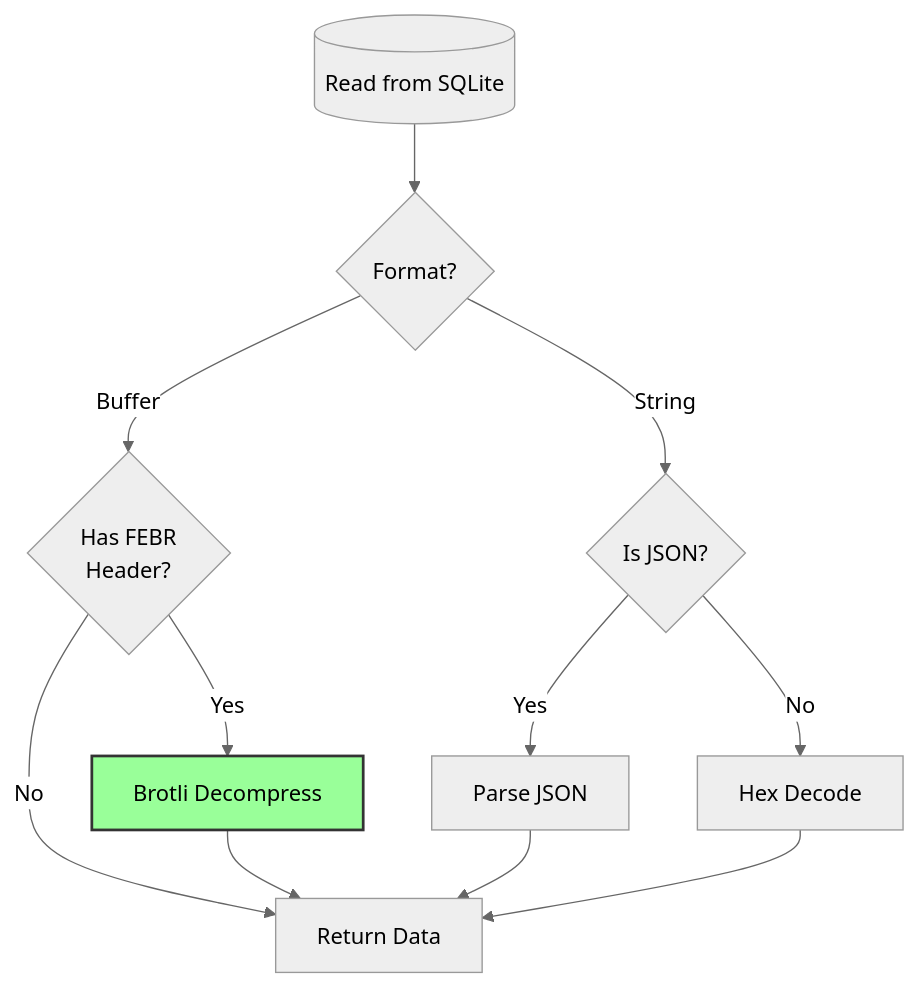
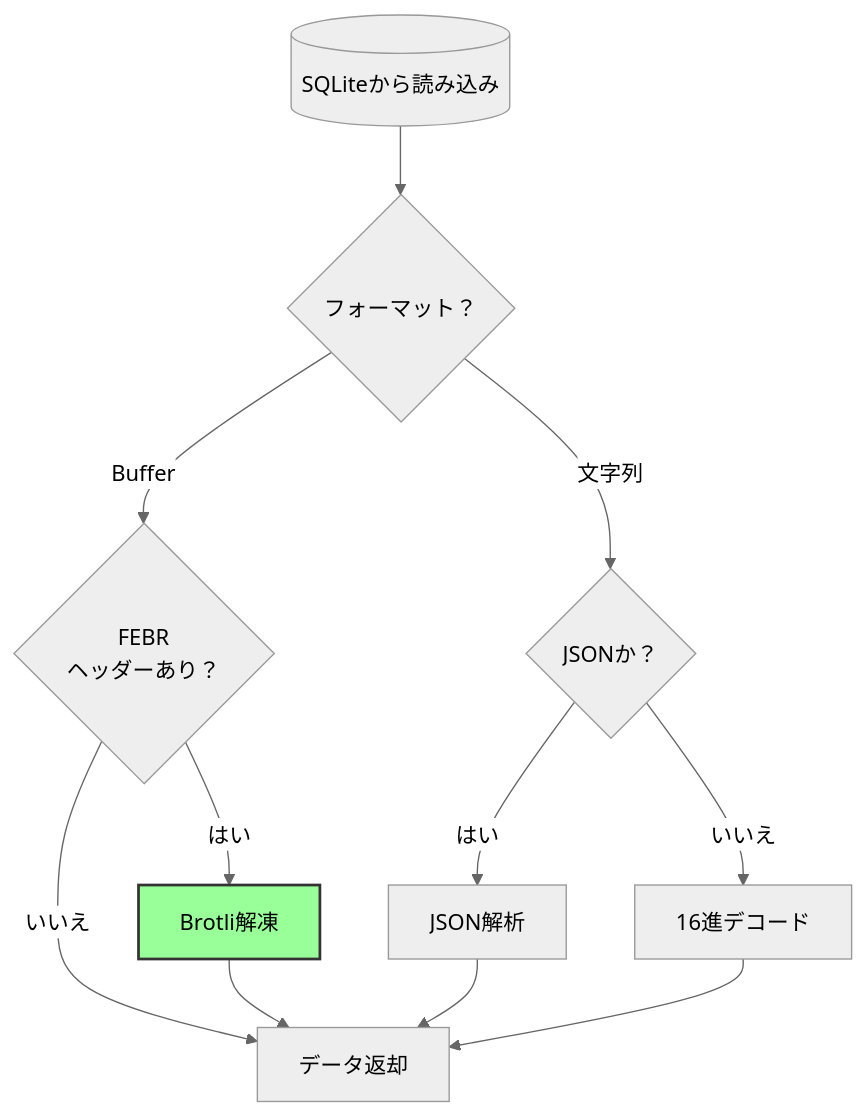
Before and after one commit to forwardemail/forwardemail.net: diagram 14 of 16 in app/views/docs/email-protocols-rfc-compliance-imap-smtp-pop3-comparison/index-ja.md, drawn with Mermaid (neutral theme). The commit also changed other lines of this file and 1055 other files, not shown here.

````diff
--- a/app/views/docs/email-protocols-rfc-compliance-imap-smtp-pop3-comparison/index-ja.md
+++ b/app/views/docs/email-protocols-rfc-compliance-imap-smtp-pop3-comparison/index-ja.md
@@ -1554,23 +1548,23 @@
 ```mermaid
 flowchart TB
-    Read[(Read from SQLite)]
-    CheckFormat{Format?}
-    HasMagic{Has FEBR<br/>Header?}
-    Decompress[Brotli Decompress]
-    ParseJSON[Parse JSON]
-    HexDecode[Hex Decode]
-    Return[Return Data]
+    Read[(SQLiteから読み込み)]
+    CheckFormat{フォーマット？}
+    HasMagic{FEBR<br/>ヘッダーあり？}
+    Decompress[Brotli解凍]
+    ParseJSON[JSON解析]
+    HexDecode[16進デコード]
+    Return[データ返却]
 
     Read --> CheckFormat
     CheckFormat -->|Buffer| HasMagic
-    CheckFormat -->|String| IsJSON{Is JSON?}
-    HasMagic -->|Yes| Decompress
-    HasMagic -->|No| Return
+    CheckFormat -->|文字列| IsJSON{JSONか？}
+    HasMagic -->|はい| Decompress
+    HasMagic -->|いいえ| Return
     Decompress --> Return
-    IsJSON -->|Yes| ParseJSON
-    IsJSON -->|No| HexDecode
+    IsJSON -->|はい| ParseJSON
+    IsJSON -->|いいえ| HexDecode
     ParseJSON --> Return
     HexDecode --> Return
 
     style Decompress fill:#9f9,stroke:#333,stroke-width:2px
 ```
````
